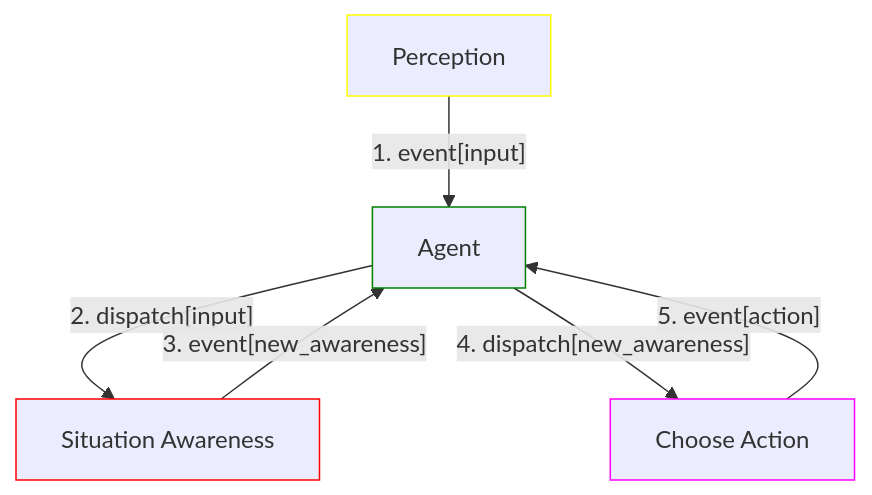
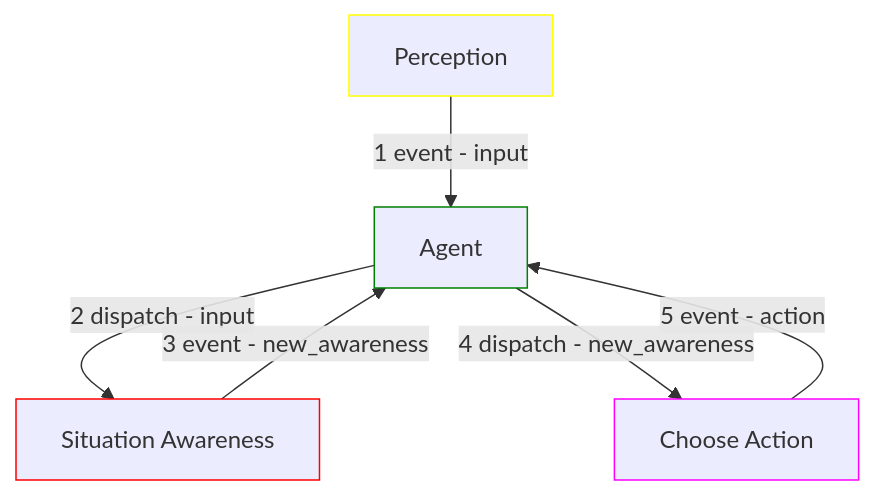
Before and after one commit to TendTo/Newcastle-Presentations: the fifth of 5 diagrams in presentations/EICSymAware-scaffolding/README.md, drawn with Mermaid. The commit also changed other lines of this file, not shown here.

Commit message:
fix: mermaid diagram compatibility

````diff
--- a/presentations/EICSymAware-scaffolding/README.md
+++ b/presentations/EICSymAware-scaffolding/README.md
@@ -284,18 +284,18 @@
 ```mermaid
 flowchart TB
     A[Agent]
     P[Perception]
     C[Choose Action]
     SA[Situation Awareness]
 
-    P -- 1. event[input] --> A
-    A -- 2. dispatch[input] --> SA
-    SA -- 3. event[new_awareness] --> A
-    A -- 4. dispatch[new_awareness] --> C
-    C -- 5. event[action] --> A
+    P -- 1 event - input --> A
+    A -- 2 dispatch - input --> SA
+    SA -- 3 event - new_awareness --> A
+    A -- 4 dispatch - new_awareness --> C
+    C -- 5 event - action --> A
 
 style P stroke:yellow,stroke-width:1px
 style SA stroke:red,stroke-width:1px
 style C stroke:magenta,stroke-width:1px
 style A stroke:green,stroke-width:1px;
 ```
````
